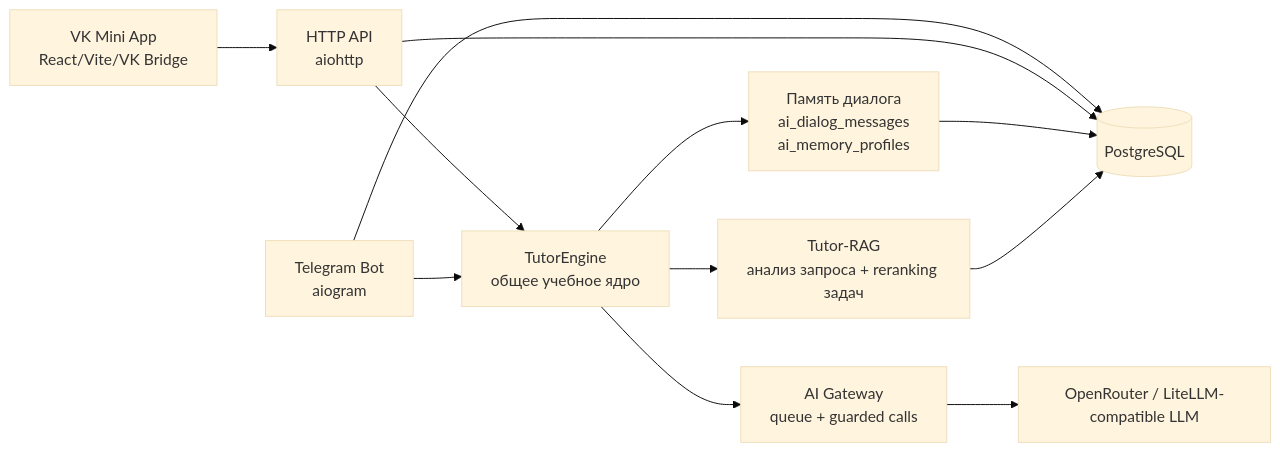
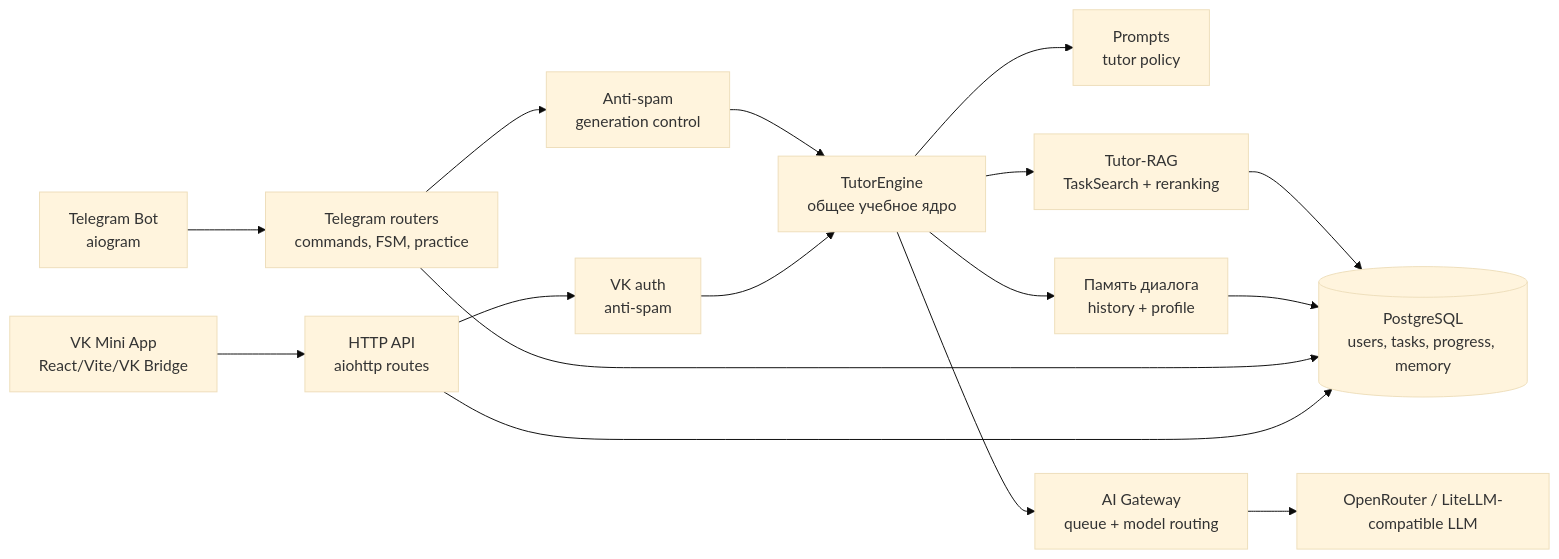
The first of 2 diagrams in README.md (akiamuradev/evolution-tutor-bot), drawn with Mermaid (base theme) before and after one commit. The commit also changed other lines of this file, not shown here.

Commit message:
Align architecture diagrams in README

````diff
--- a/README.md
+++ b/README.md
@@ -107,14 +107,18 @@
 ```mermaid
 flowchart LR
-    TG["Telegram Bot<br/>aiogram"] --> TE["TutorEngine<br/>общее учебное ядро"]
-    VK["VK Mini App<br/>React/Vite/VK Bridge"] --> API["HTTP API<br/>aiohttp"]
-    API --> TE
-    TE --> MEM["Память диалога<br/>ai_dialog_messages<br/>ai_memory_profiles"]
-    TE --> RAG["Tutor-RAG<br/>анализ запроса + reranking задач"]
-    RAG --> DB[(PostgreSQL)]
+    TG["Telegram Bot<br/>aiogram"] --> TR["Telegram routers<br/>commands, FSM, practice"]
+    VK["VK Mini App<br/>React/Vite/VK Bridge"] --> API["HTTP API<br/>aiohttp routes"]
+    TR --> GUARD["Anti-spam<br/>generation control"]
+    API --> AUTH["VK auth<br/>anti-spam"]
+    GUARD --> TE["TutorEngine<br/>общее учебное ядро"]
+    AUTH --> TE
+    TE --> POLICY["Prompts<br/>tutor policy"]
+    TE --> MEM["Память диалога<br/>history + profile"]
+    TE --> RAG["Tutor-RAG<br/>TaskSearch + reranking"]
+    TE --> AIG["AI Gateway<br/>queue + model routing"]
+    RAG --> DB[(PostgreSQL<br/>users, tasks, progress, memory)]
     MEM --> DB
-    TE --> GATE["AI Gateway<br/>queue + guarded calls"]
-    GATE --> LLM["OpenRouter / LiteLLM-compatible LLM"]
+    TR --> DB
     API --> DB
-    TG --> DB
+    AIG --> LLM["OpenRouter / LiteLLM-compatible LLM"]
 ```
````
